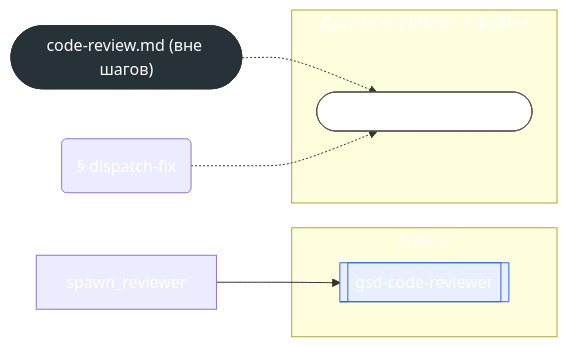
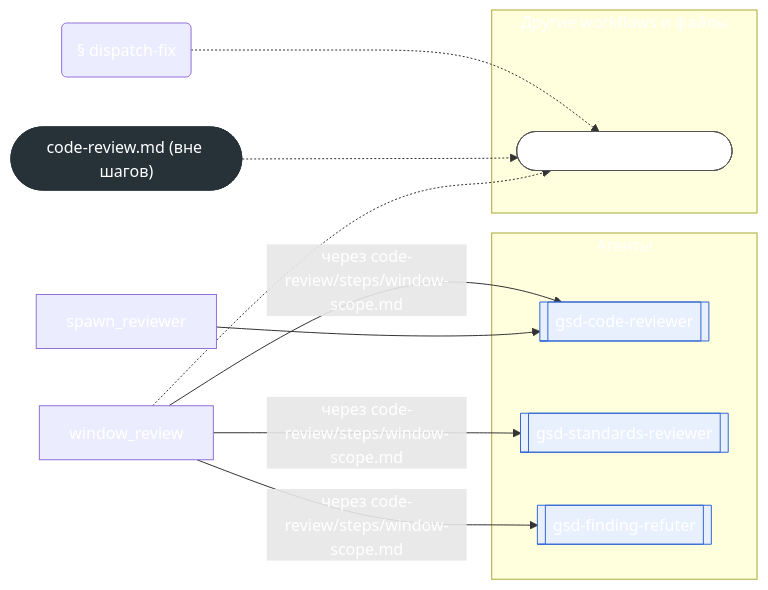
The second of 2 diagrams in docs/reference/workflow-maps/code-review.md (Govorin/gsd-core), drawn with Mermaid before and after one commit. The commit also changed other lines of this file and 32 other files, not shown here.

````diff
--- a/docs/reference/workflow-maps/code-review.md
+++ b/docs/reference/workflow-maps/code-review.md
@@ -59,25 +61,32 @@
 ```mermaid
 flowchart LR
   subgraph g_agents["Агенты"]
     a_gsd_code_reviewer[["gsd-code-reviewer"]]:::agent
+    a_gsd_standards_reviewer[["gsd-standards-reviewer"]]:::agent
+    a_gsd_finding_refuter[["gsd-finding-refuter"]]:::agent
   end
   subgraph g_files["Другие workflows и файлы"]
     w_gsd_core_workflows_code_review_fix_md(["workflow#58; code-review-fix"]):::workflow
   end
   wf_root(["code-review.md (вне шагов)"]):::root
+  u_step_window_review["window_review"]
   u_step_spawn_reviewer["spawn_reviewer"]
   u_section_dispatch_fix("§ dispatch-fix")
   u_step_spawn_reviewer --> a_gsd_code_reviewer
+  u_step_window_review -->|"через code-review/steps/window-scope.md"| a_gsd_code_reviewer
+  u_step_window_review -->|"через code-review/steps/window-scope.md"| a_gsd_standards_reviewer
+  u_step_window_review -->|"через code-review/steps/window-scope.md"| a_gsd_finding_refuter
+  u_step_window_review -.-> w_gsd_core_workflows_code_review_fix_md
   wf_root -.-> w_gsd_core_workflows_code_review_fix_md
   u_section_dispatch_fix -.-> w_gsd_core_workflows_code_review_fix_md
   classDef missing fill:#fdecea,stroke:#d33,stroke-dasharray:4 3
   classDef unparsed fill:#f5f5f5,stroke:#999999,stroke-dasharray:4 3,color:#555
   classDef conditional fill:#fff8e1,stroke:#b28704
   classDef root fill:#263238,color:#ffffff,stroke:#263238
   classDef agent fill:#e8f0fe,stroke:#3367d6
   classDef builtin fill:#eeeeee,stroke:#777777
   classDef capability fill:#e6f4ea,stroke:#2e7d32
   classDef dynamic fill:#f2f2f2,stroke:#888,stroke-dasharray:2 2
   classDef point fill:#f3e8fd,stroke:#8e24aa
   classDef workflow fill:#ffffff,stroke:#555555
 ```
````
